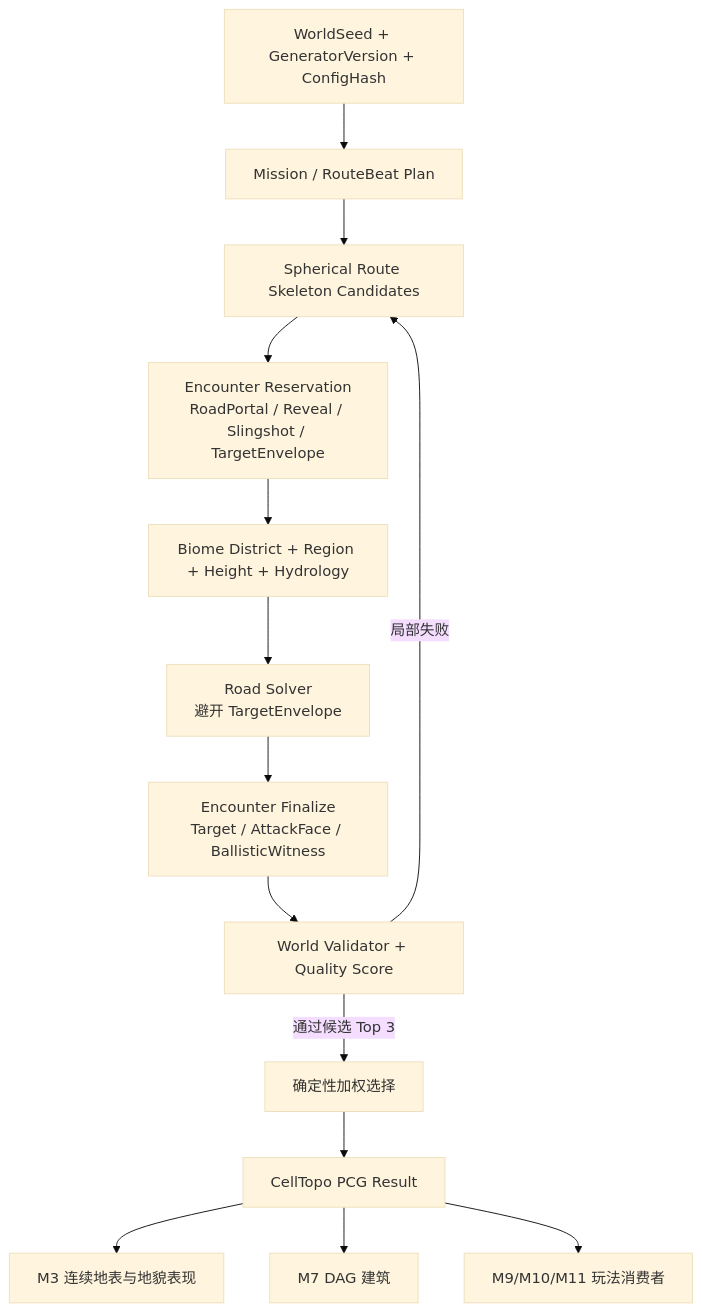
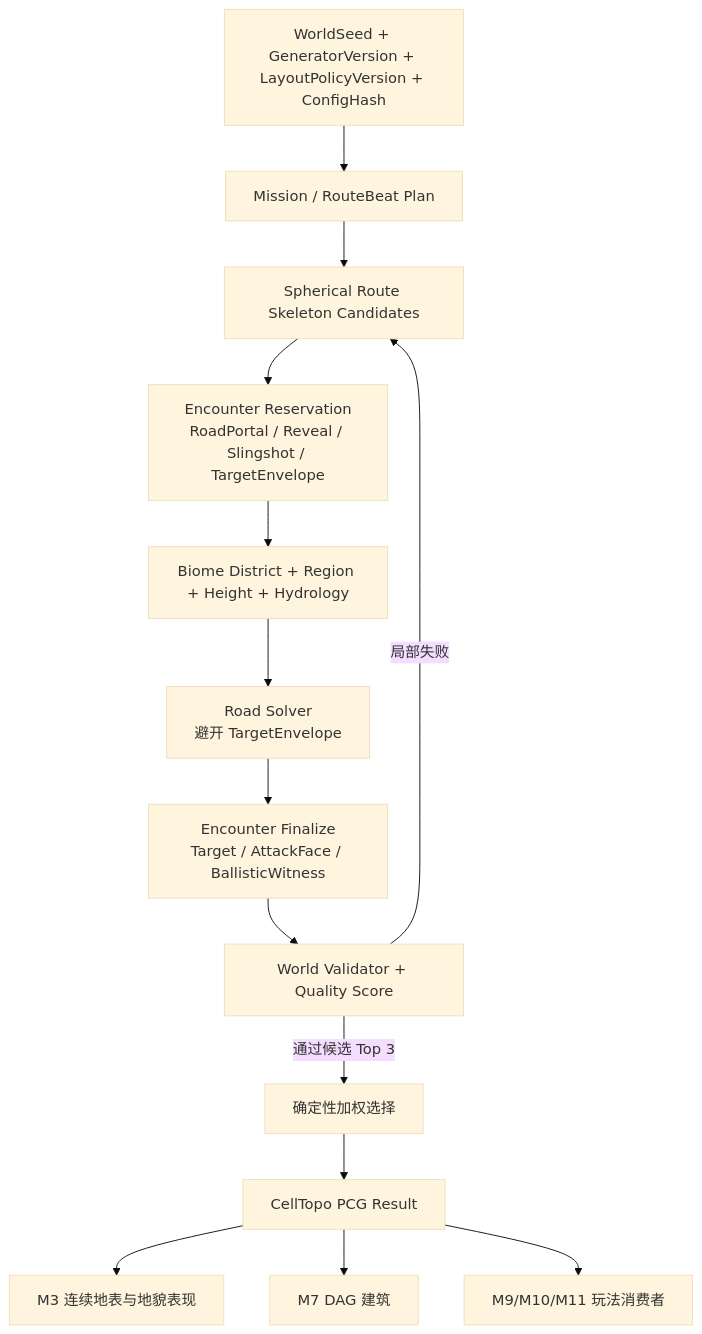
The first of 2 diagrams in Docs/M3PCGMapImprovementPlan.md (tclks001/AngryBirdsToSpace), drawn with Mermaid (base theme) before and after one commit. The commit also changed other lines of this file, not shown here.

````diff
--- a/Docs/M3PCGMapImprovementPlan.md
+++ b/Docs/M3PCGMapImprovementPlan.md
@@ -339,16 +345,16 @@
 ```mermaid
 flowchart TD
-    A[WorldSeed + GeneratorVersion + ConfigHash] --> B[Mission / RouteBeat Plan]
+    A[WorldSeed + GeneratorVersion + LayoutPolicyVersion + ConfigHash] --> B[Mission / RouteBeat Plan]
     B --> C[Spherical Route Skeleton Candidates]
     C --> D[Encounter Reservation<br/>RoadPortal / Reveal / Slingshot / TargetEnvelope]
     D --> E[Biome District + Region + Height + Hydrology]
     E --> F[Road Solver<br/>避开 TargetEnvelope]
     F --> G[Encounter Finalize<br/>Target / AttackFace / BallisticWitness]
     G --> H[World Validator + Quality Score]
     H -->|局部失败| C
     H -->|通过候选 Top 3| I[确定性加权选择]
     I --> J[CellTopo PCG Result]
     J --> K[M3 连续地表与地貌表现]
     J --> L[M7 DAG 建筑]
     J --> M[M9/M10/M11 玩法消费者]
 ```
````
